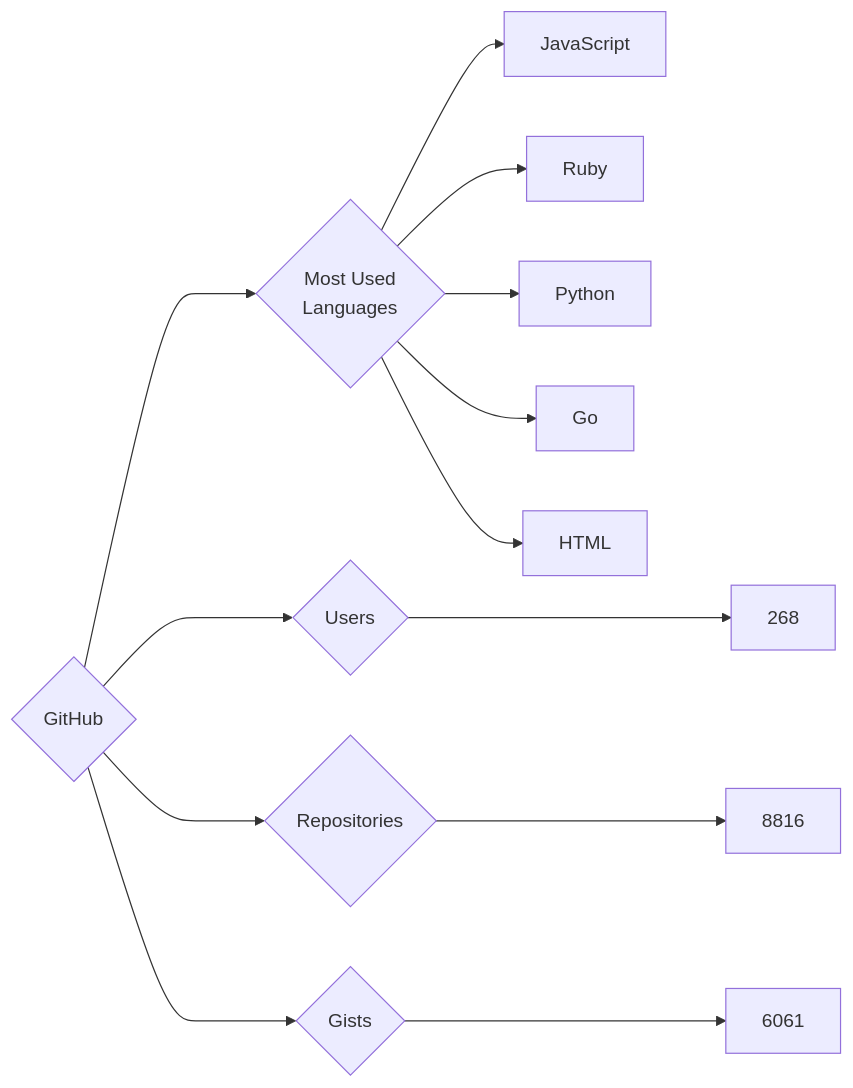
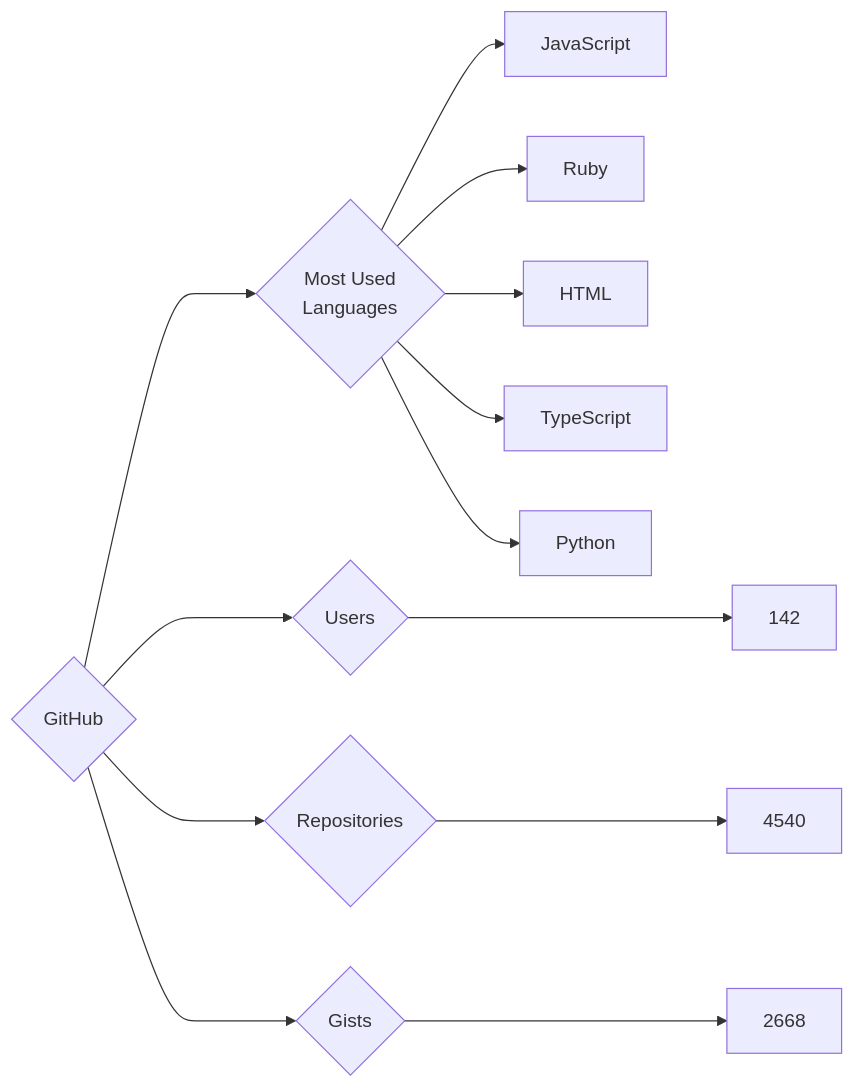
The diagram in targets/GitHub/README.md (trickest/insiders), drawn with Mermaid before and after one commit. The commit also changed 699 other files, not shown here.

````diff
--- a/targets/GitHub/README.md
+++ b/targets/GitHub/README.md
@@ -3,13 +3,13 @@
 ```mermaid
 graph LR
 COMPANY_NAME{GitHub}
-COMPANY_NAME ---> U{Users} ---> UN[268]
-COMPANY_NAME ---> R{Repositories} ---> RN[8816]
-COMPANY_NAME ---> G{Gists} ---> GN[6061]
+COMPANY_NAME ---> U{Users} ---> UN[142]
+COMPANY_NAME ---> R{Repositories} ---> RN[4540]
+COMPANY_NAME ---> G{Gists} ---> GN[2668]
 COMPANY_NAME ---> ML{Most Used<br>Languages}
 ML --> JavaScript[JavaScript]
 ML --> Ruby[Ruby]
+ML --> HTML[HTML]
+ML --> TypeScript[TypeScript]
 ML --> Python[Python]
-ML --> Go[Go]
-ML --> HTML[HTML]
 ```
````
